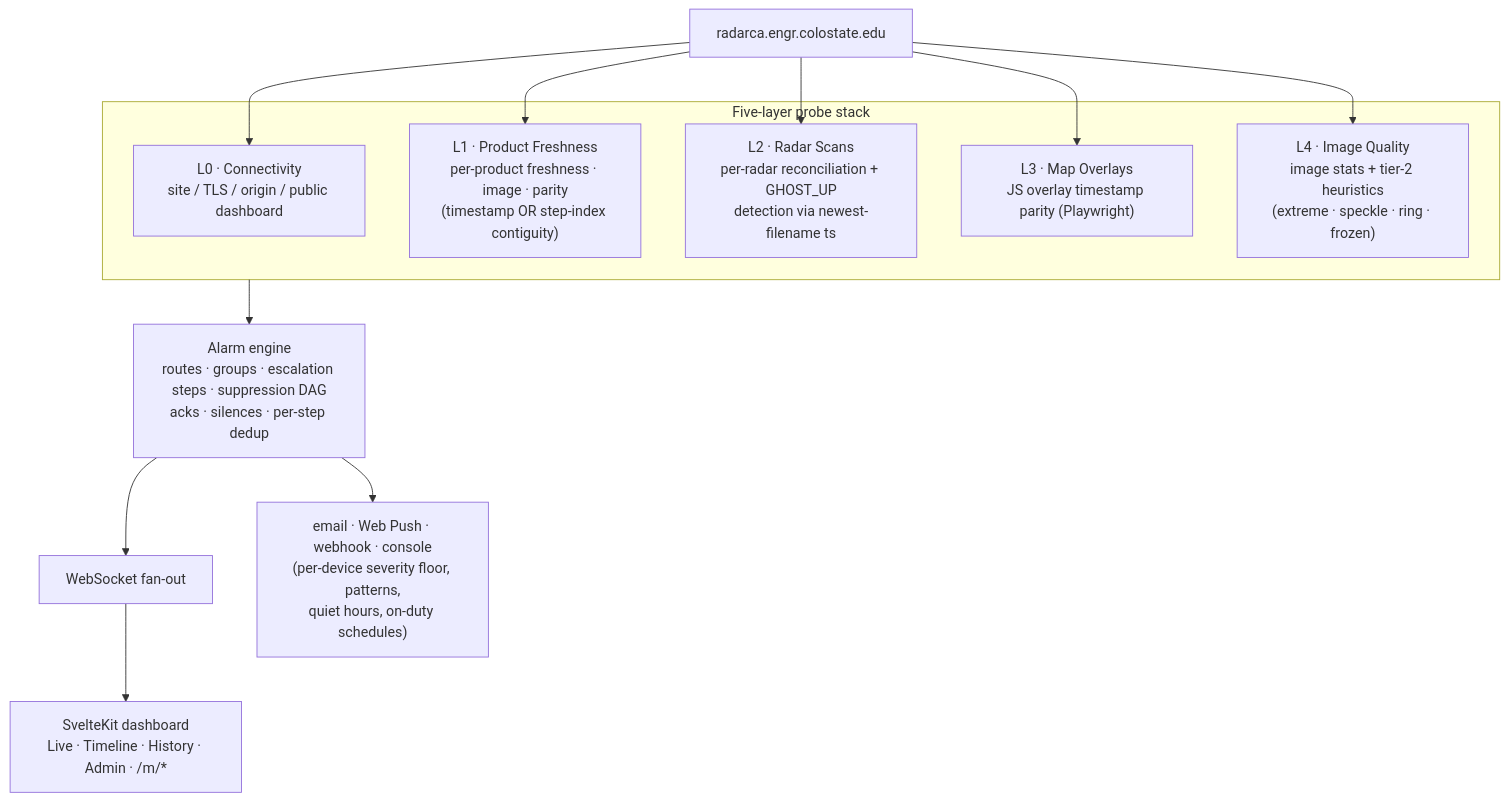
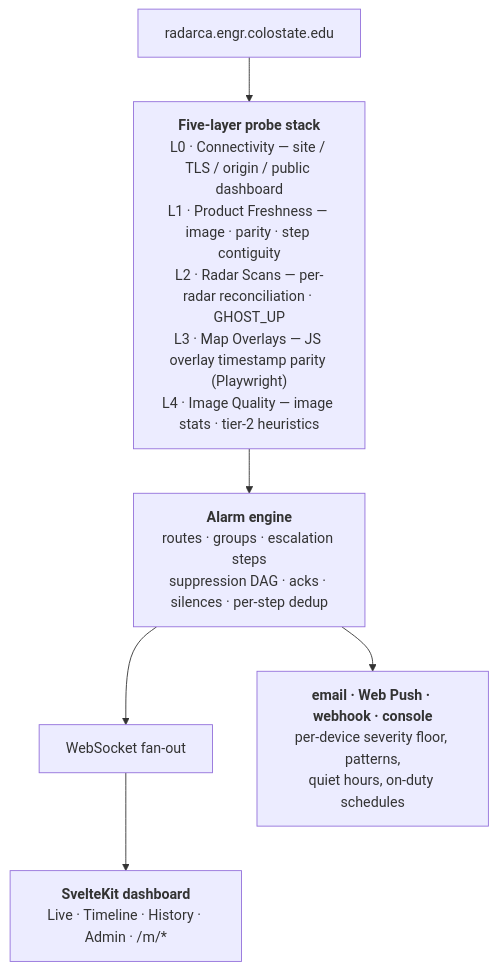
Before and after one commit to jkmesches/AQPI-Sentinel: the diagram in README.md, drawn with Mermaid. The commit also changed other lines of this file and 7 other files, not shown here.

````diff
--- a/README.md
+++ b/README.md
@@ -26,20 +26,12 @@
 ```mermaid
 flowchart TB
     upstream["radarca.engr.colostate.edu"]
-    subgraph layers["Five-layer probe stack"]
-        L0["L0 · Connectivity<br/>site / TLS / origin / public dashboard"]
-        L1["L1 · Product Freshness<br/>per-product freshness · image · parity<br/>(timestamp OR step-index contiguity)"]
-        L2["L2 · Radar Scans<br/>per-radar reconciliation + GHOST_UP<br/>detection via newest-filename ts"]
-        L3["L3 · Map Overlays<br/>JS overlay timestamp parity (Playwright)"]
-        L4["L4 · Image Quality<br/>image stats + tier-2 heuristics<br/>(extreme · speckle · ring · frozen)"]
-    end
-    engine["Alarm engine<br/>routes · groups · escalation steps · suppression DAG<br/>acks · silences · per-step dedup"]
+    layers["<b>Five-layer probe stack</b><br/>L0 · Connectivity — site / TLS / origin / public dashboard<br/>L1 · Product Freshness — image · parity · step contiguity<br/>L2 · Radar Scans — per-radar reconciliation · GHOST_UP<br/>L3 · Map Overlays — JS overlay timestamp parity (Playwright)<br/>L4 · Image Quality — image stats · tier-2 heuristics"]
+    engine["<b>Alarm engine</b><br/>routes · groups · escalation steps<br/>suppression DAG · acks · silences · per-step dedup"]
     ws["WebSocket fan-out"]
-    sinks["email · Web Push · webhook · console<br/>(per-device severity floor, patterns,<br/>quiet hours, on-duty schedules)"]
-    dash["SvelteKit dashboard<br/>Live · Timeline · History · Admin · /m/*"]
+    dash["<b>SvelteKit dashboard</b><br/>Live · Timeline · History · Admin · /m/*"]
+    sinks["<b>email · Web Push · webhook · console</b><br/>per-device severity floor, patterns,<br/>quiet hours, on-duty schedules"]
 
-    upstream --> L0 & L1 & L2 & L3 & L4
-    layers --> engine
+    upstream --> layers --> engine --> ws --> dash
     engine --> sinks
-    engine --> ws --> dash
 ```
````
